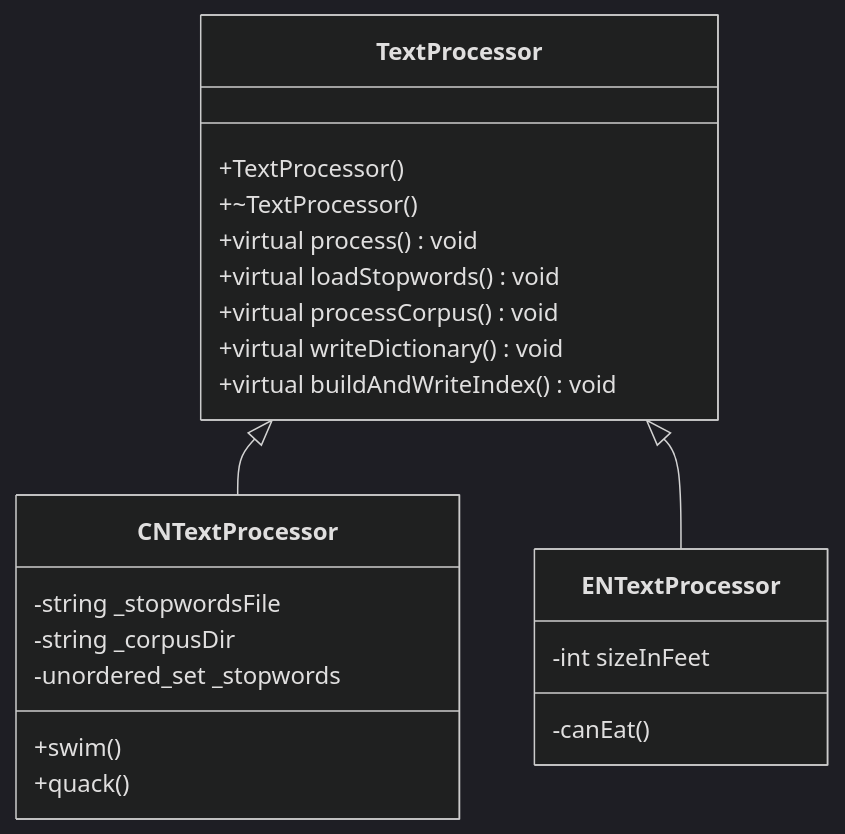
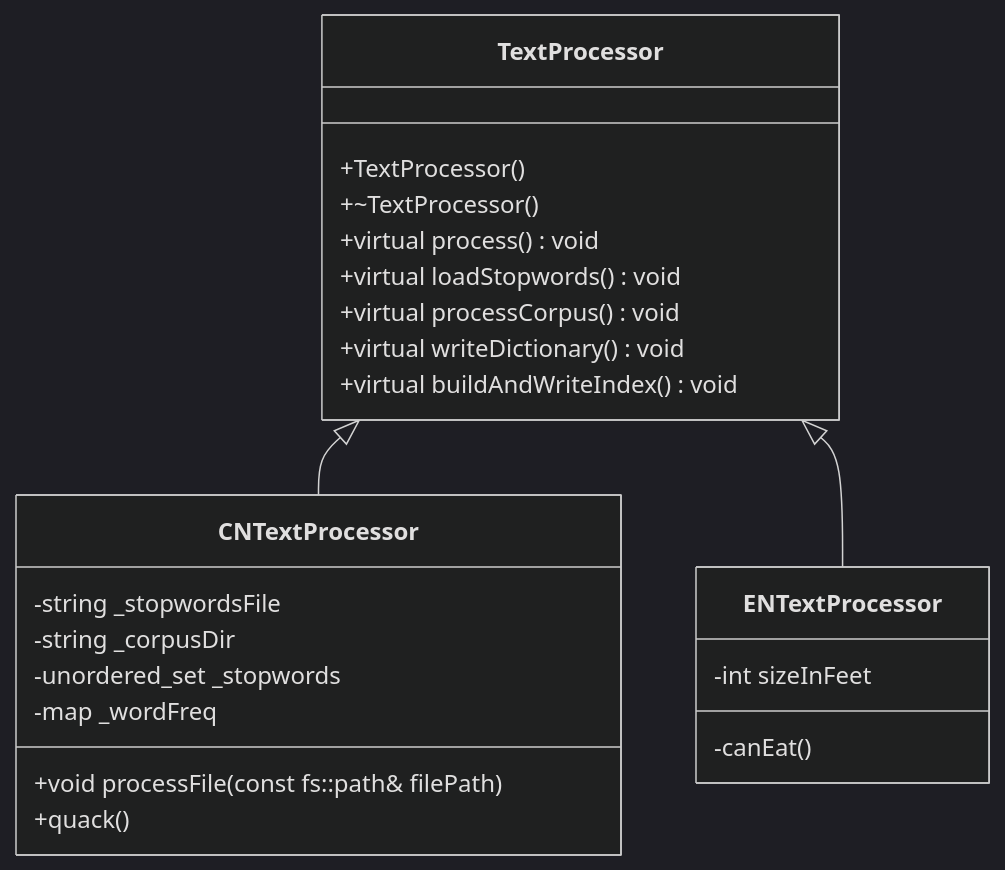
One commit to Jason-DancingBoy/iodraw-files changed the diagram in all/未命名-1.md. Above: the diagram before and after it, drawn with Mermaid (dark theme).

Commit message:
2026-01-02 21:07:02 update

````diff
--- a/all/未命名-1.md
+++ b/all/未命名-1.md
@@ -1,28 +1,28 @@
 ```mermaid
 classDiagram
     TextProcessor <|-- CNTextProcessor
     TextProcessor <|-- ENTextProcessor
     TextProcessor: +TextProcessor()
     TextProcessor: +~TextProcessor()
     TextProcessor: +virtual process() void
     TextProcessor: +virtual loadStopwords() void 
     TextProcessor: +virtual processCorpus() void
     TextProcessor: +virtual writeDictionary() void
     TextProcessor: +virtual buildAndWriteIndex() void
     class CNTextProcessor{
       -string _stopwordsFile
       -string _corpusDir
       -unordered_set<string> _stopwords
-      
-      +swim()
+      -map<string, int> _wordFreq
+      +void processFile(const fs::path& filePath)
       +quack()
     }
     class ENTextProcessor{
       -int sizeInFeet
       -canEat()
     }
     %%  string _stopwordsFile; // 存放停用词文件名
     %%  string _corpusDir; // 存放语料库目录
     %%  unordered_set<string> _stopwords; // 用来存放停用词
     %%  map<string, int> _wordFreq;
 ```
````
